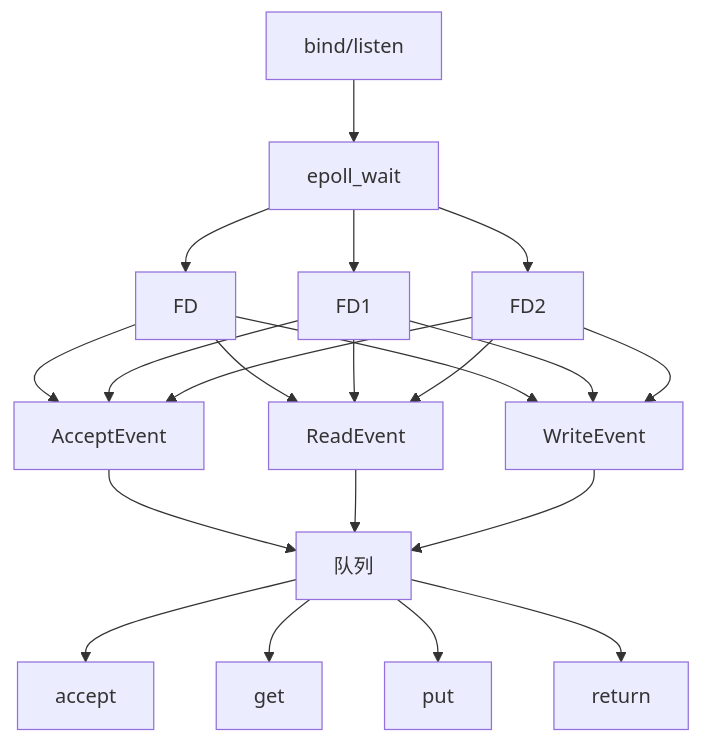
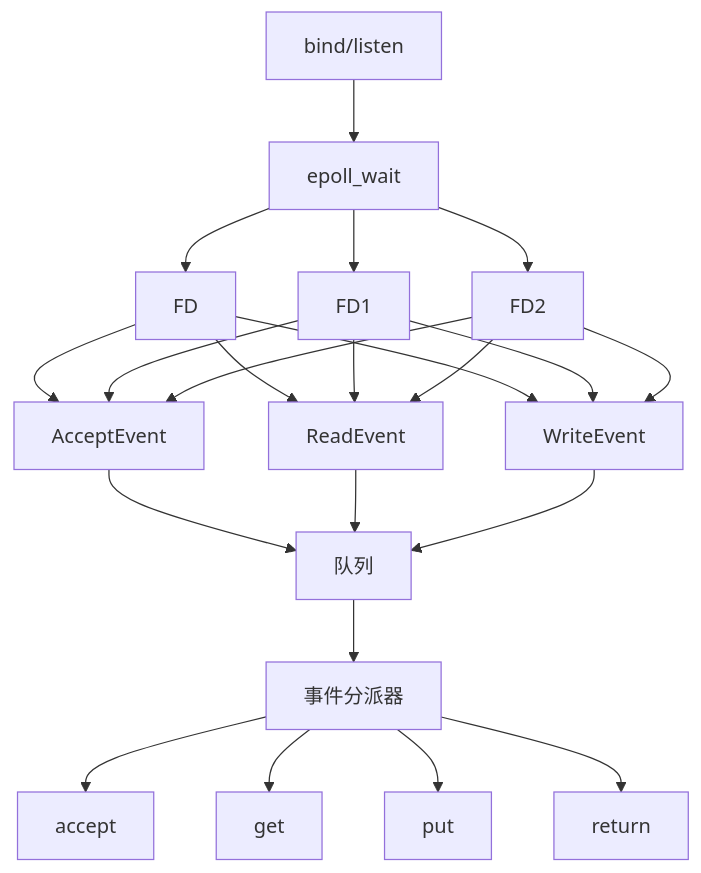
Before and after one commit to 0xcaffebabe/note: the second of 4 diagrams in doc/中间件/数据库/redis/Redis.md, drawn with Mermaid. The commit also changed other lines of this file and 6 other files, not shown here.

````diff
--- a/doc/中间件/数据库/redis/Redis.md
+++ b/doc/中间件/数据库/redis/Redis.md
@@ -179,23 +177,24 @@
 ```mermaid
 graph TD
     A[bind/listen] --> B[epoll_wait]
     B --> FD
     B --> FD1
     B --> FD2
     FD --> D[AcceptEvent]
     FD1 --> D[AcceptEvent]
     FD2 --> D[AcceptEvent]
     FD --> E[ReadEvent]
     FD1 --> E[ReadEvent]
     FD2 --> E[ReadEvent]
     FD --> F[WriteEvent]
     FD1 --> F[WriteEvent]
     FD2 --> F[WriteEvent]
     D --> 队列
     E --> 队列
     F --> 队列
-    队列 --> accept
-    队列 --> get
-    队列 --> put
-    队列 --> return
+    队列 --> 事件分派器
+    事件分派器 --> accept
+    事件分派器 --> get
+    事件分派器 --> put
+    事件分派器 --> return
 ```
````
